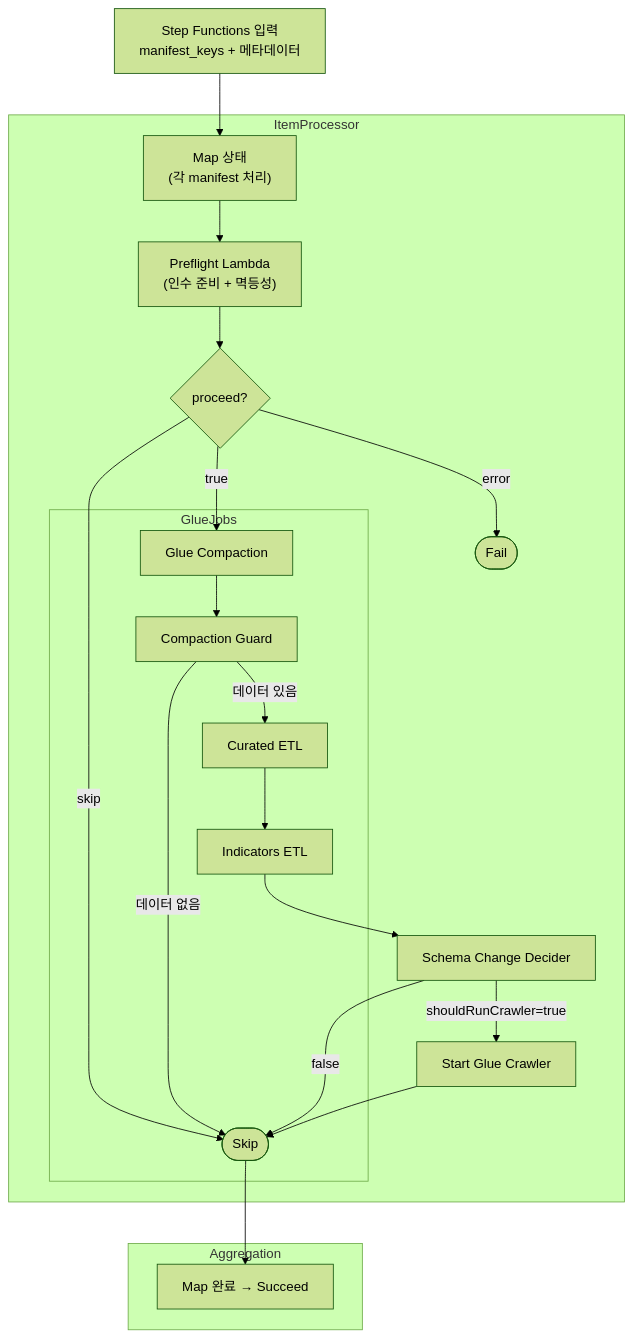
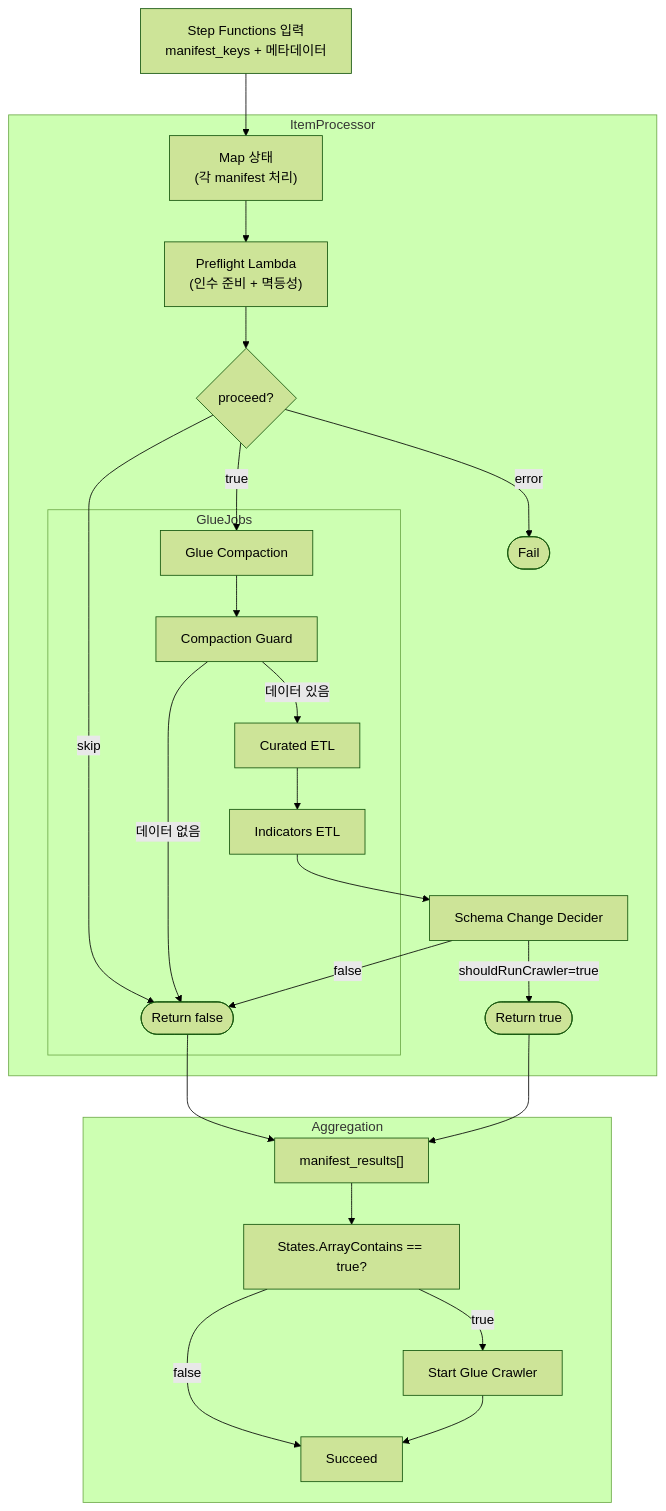
Before and after one commit to keemgdeok/fin-forge-pipeline: the diagram in docs/diagrams/transform/02-flow.md, drawn with Mermaid (forest theme). The commit also changed 11 other files, not shown here.

Commit message:
docs:  refresh transform workflow diagrams

````diff
--- a/docs/diagrams/transform/02-flow.md
+++ b/docs/diagrams/transform/02-flow.md
@@ -1,28 +1,31 @@
 ```mermaid
 flowchart TD
   A["Step Functions 입력<br/>manifest_keys + 메타데이터"] --> B["Map 상태<br/>(각 manifest 처리)"]
 
   subgraph ItemProcessor
     B --> C["Preflight Lambda\n(인수 준비 + 멱등성)"]
     C --> D{proceed?}
-    D -->|skip| SKIP(["Skip"])
+    D -->|skip| SKIP(["Return false"])
     D -->|error| FAIL(["Fail"])
     D -->|true| COMP["Glue Compaction"]
     subgraph GlueJobs
       COMP --> GUARD["Compaction Guard"]
       GUARD -->|데이터 없음| SKIP
       GUARD -->|데이터 있음| ETL["Curated ETL"]
       ETL --> IND["Indicators ETL"]
   end
     IND --> DECIDE["Schema Change Decider"]
-    DECIDE -->|shouldRunCrawler=true| CRAWLER["Start Glue Crawler"]
+    DECIDE -->|shouldRunCrawler=true| TRUE(["Return true"])
     DECIDE -->|false| SKIP
-    CRAWLER --> SKIP
   end
 
   SKIP --> Z
+  TRUE --> Z
 
   subgraph Aggregation
-    Z["Map 완료 → Succeed"]
+    Z["manifest_results[]"] --> AGG["States.ArrayContains == true?"]
+    AGG -->|true| CRAWLER["Start Glue Crawler"]
+    AGG -->|false| DONE["Succeed"]
+    CRAWLER --> DONE
   end
 ```
````
